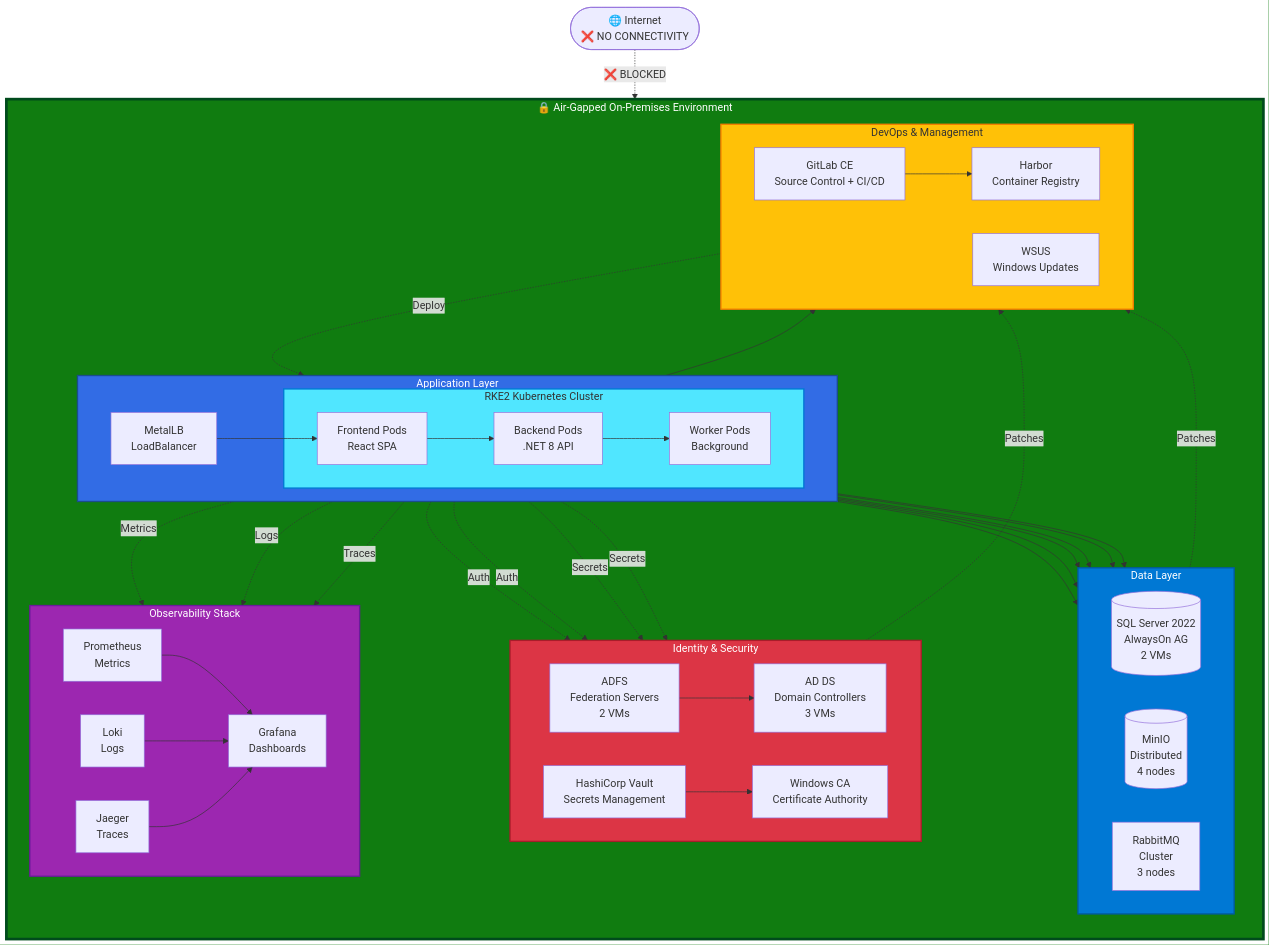
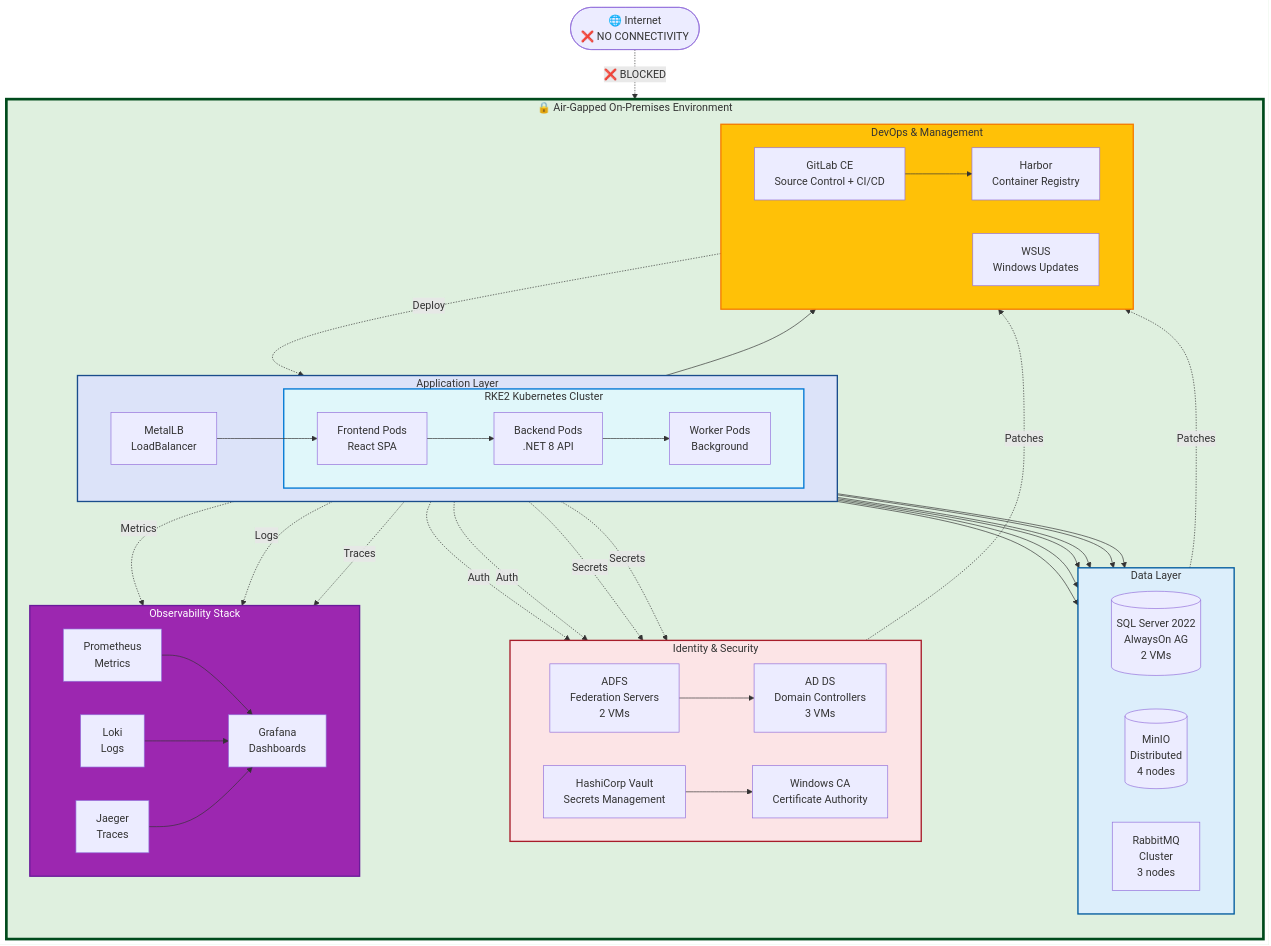
Before and after one commit to EmeaAppGbb/AzureHybridContinuumCookBook: the first of 2 diagrams in docs/07-reference-scenario/04-phase3-disconnected.md, drawn with Mermaid. The commit also changed other lines of this file and 28 other files, not shown here.

First line of the commit message:
Fix Mermaid diagram readability: use light pastel subgraph backgrounds

````diff
--- a/docs/07-reference-scenario/04-phase3-disconnected.md
+++ b/docs/07-reference-scenario/04-phase3-disconnected.md
@@ -544,11 +544,11 @@
     
     Internet -.->|❌ BLOCKED| AirGap
     
-    style AirGap fill:#107c10,stroke:#004b1c,stroke-width:4px,color:#fff
-    style Apps fill:#326ce5,stroke:#1a4d8c,stroke-width:2px,color:#fff
-    style K8s fill:#50e6ff,stroke:#0078d4,stroke-width:2px
-    style DataLayer fill:#0078d4,stroke:#005a9e,stroke-width:2px,color:#fff
-    style Identity fill:#dc3545,stroke:#a71d2a,stroke-width:2px,color:#fff
+    style AirGap fill:#dff0df,stroke:#004b1c,stroke-width:4px
+    style Apps fill:#dce3f9,stroke:#1a4d8c,stroke-width:2px
+    style K8s fill:#e0f7fa,stroke:#0078d4,stroke-width:2px
+    style DataLayer fill:#dceefb,stroke:#005a9e,stroke-width:2px
+    style Identity fill:#fce4e6,stroke:#a71d2a,stroke-width:2px
     style DevOps fill:#ffc107,stroke:#f57c00,stroke-width:2px
     style Observability fill:#9c27b0,stroke:#6a1b9a,stroke-width:2px,color:#fff
 ```
````
